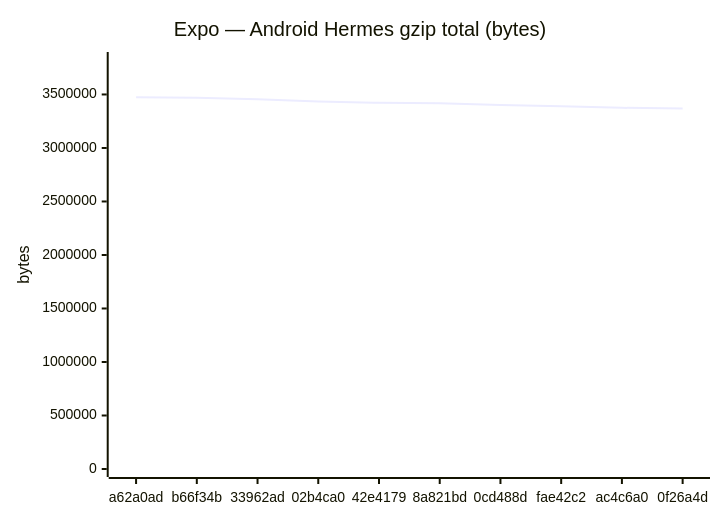
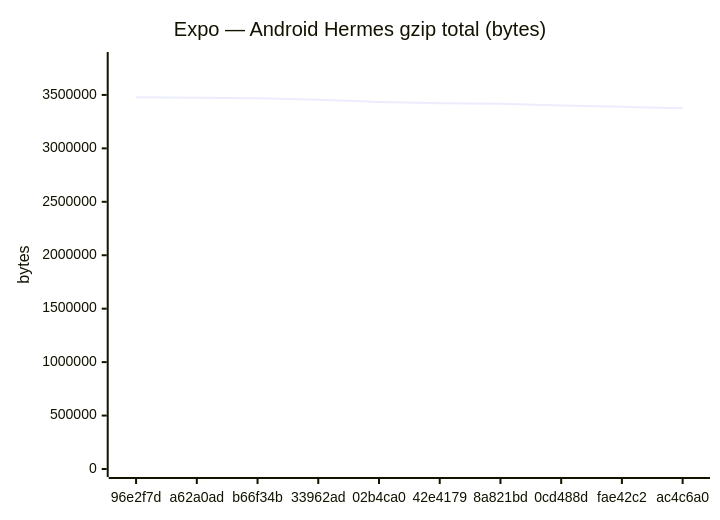
Before and after one commit to Metaheurist/Rianell: the fifth of 18 diagrams in benchmarks/compare.md, drawn with Mermaid. The commit also changed other lines of this file and 11 other files, not shown here.

````diff
--- a/benchmarks/compare.md
+++ b/benchmarks/compare.md
@@ -89,7 +89,7 @@
 ```mermaid
 xychart-beta
     title "Expo — Android Hermes gzip total (bytes)"
-    x-axis ["a62a0ad", "b66f34b", "33962ad", "02b4ca0", "42e4179", "8a821bd", "0cd488d", "fae42c2", "ac4c6a0", "0f26a4d"]
-    y-axis "bytes" 0 --> 3822067
-    line [3474606, 3468338, 3454266, 3434635, 3421569, 3417622, 3400545, 3388765, 3375300, 3368860]
+    x-axis ["96e2f7d", "a62a0ad", "b66f34b", "33962ad", "02b4ca0", "42e4179", "8a821bd", "0cd488d", "fae42c2", "ac4c6a0"]
+    y-axis "bytes" 0 --> 3826803
+    line [3478911, 3474606, 3468338, 3454266, 3434635, 3421569, 3417622, 3400545, 3388765, 3375300]
 ```
````
